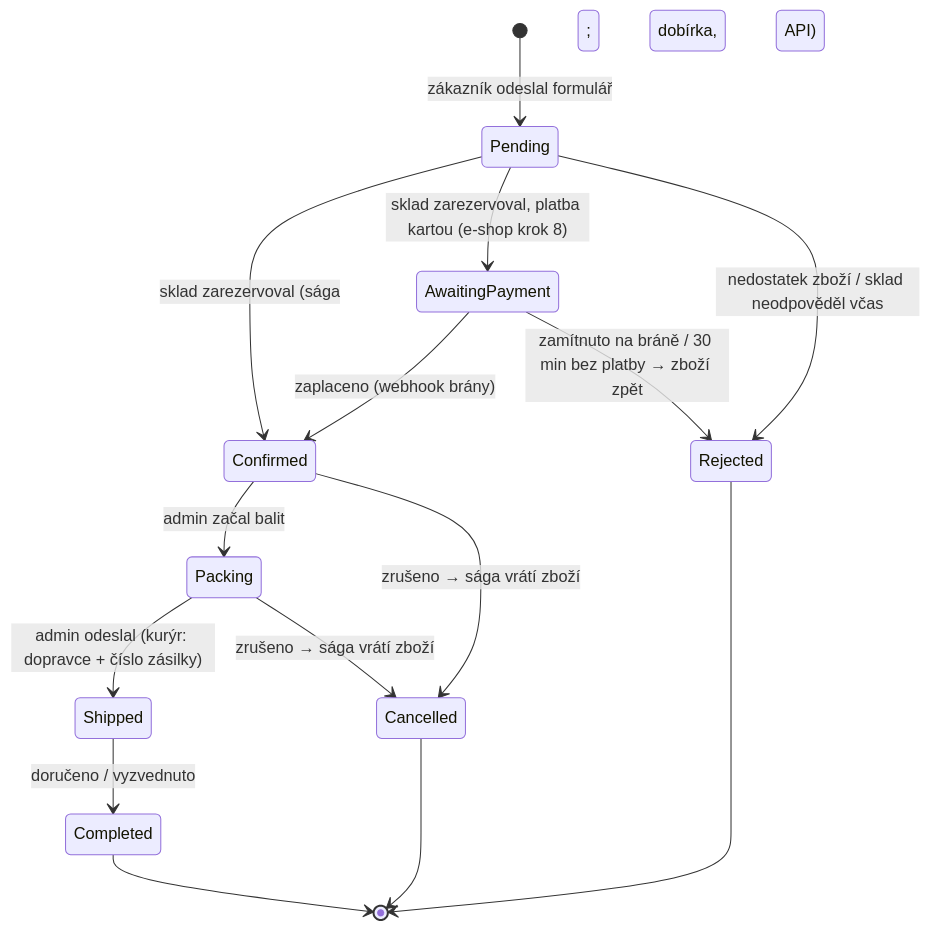
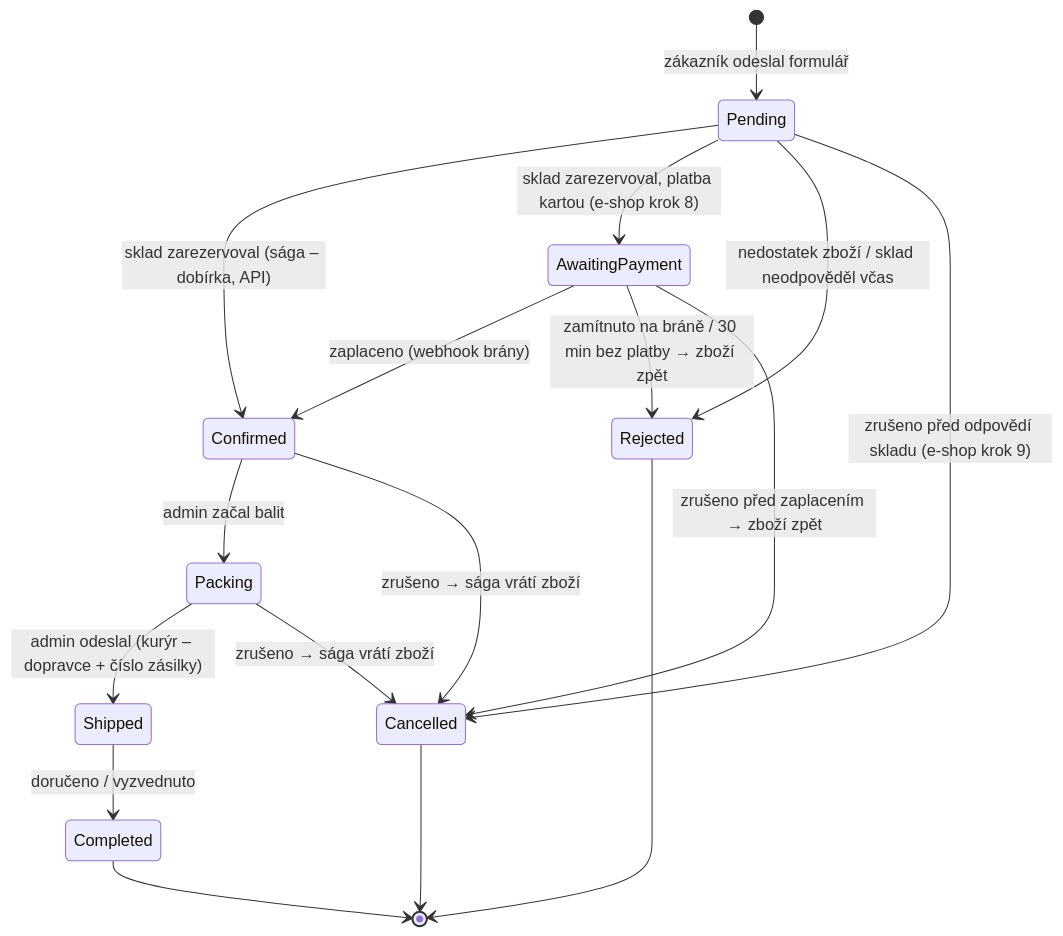
The first of 2 diagrams in docs/prirucka/architektura/stavove-diagramy.md (ftichy/MiniShop), drawn with Mermaid before and after one commit. The commit also changed other lines of this file and 25 other files, not shown here.

````diff
--- a/docs/prirucka/architektura/stavove-diagramy.md
+++ b/docs/prirucka/architektura/stavove-diagramy.md
@@ -12,17 +12,19 @@
 ```mermaid
 stateDiagram-v2
     [*] --> Pending : zákazník odeslal formulář
-    Pending --> Confirmed : sklad zarezervoval (sága; dobírka, API)
+    Pending --> Confirmed : sklad zarezervoval (sága – dobírka, API)
     Pending --> AwaitingPayment : sklad zarezervoval, platba kartou (e-shop krok 8)
     AwaitingPayment --> Confirmed : zaplaceno (webhook brány)
     AwaitingPayment --> Rejected : zamítnuto na bráně / 30 min bez platby → zboží zpět
     Pending --> Rejected : nedostatek zboží / sklad neodpověděl včas
     Confirmed --> Packing : admin začal balit
-    Packing --> Shipped : admin odeslal (kurýr: dopravce + číslo zásilky)
+    Packing --> Shipped : admin odeslal (kurýr – dopravce + číslo zásilky)
     Shipped --> Completed : doručeno / vyzvednuto
     Confirmed --> Cancelled : zrušeno → sága vrátí zboží
     Packing --> Cancelled : zrušeno → sága vrátí zboží
+    Pending --> Cancelled : zrušeno před odpovědí skladu (e-shop krok 9)
+    AwaitingPayment --> Cancelled : zrušeno před zaplacením → zboží zpět
     Rejected --> [*]
     Completed --> [*]
     Cancelled --> [*]
 ```
````
